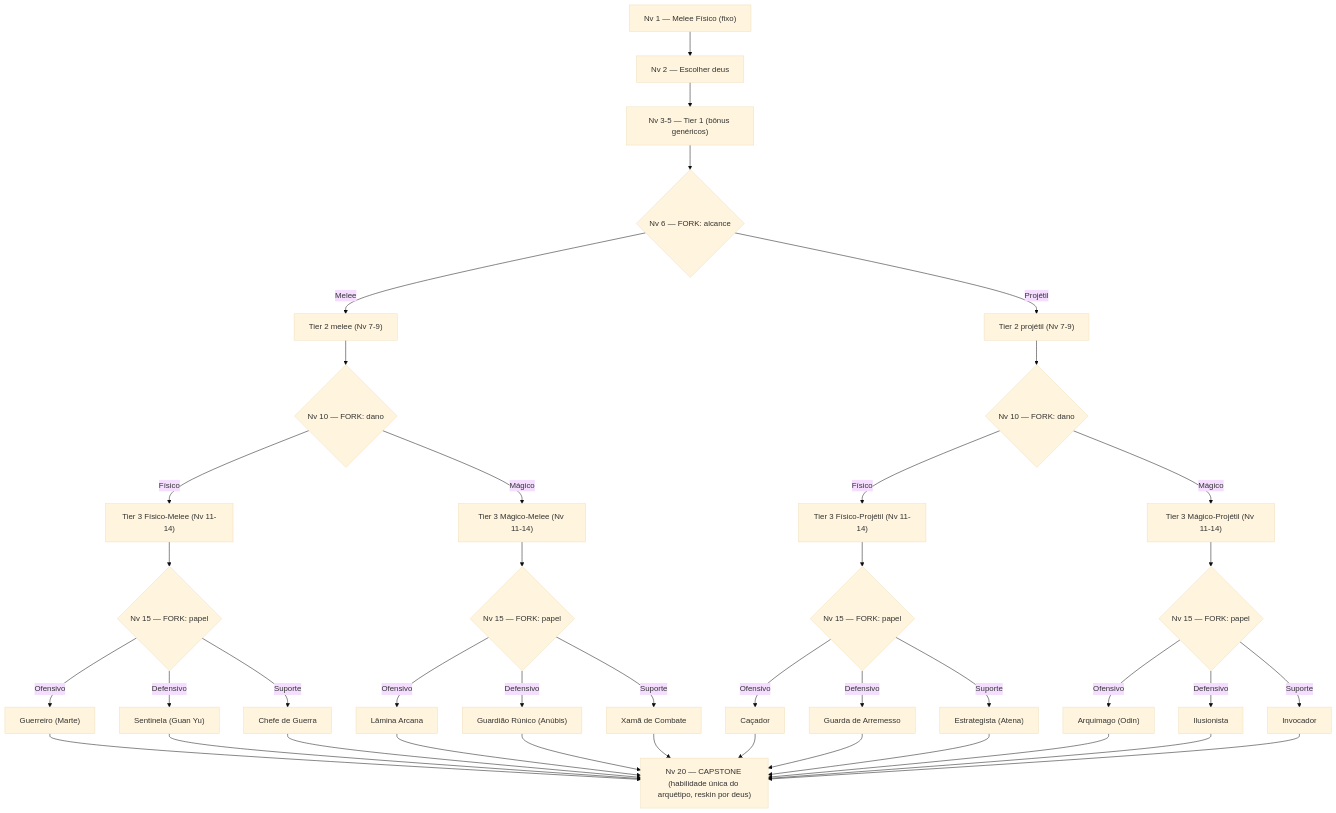
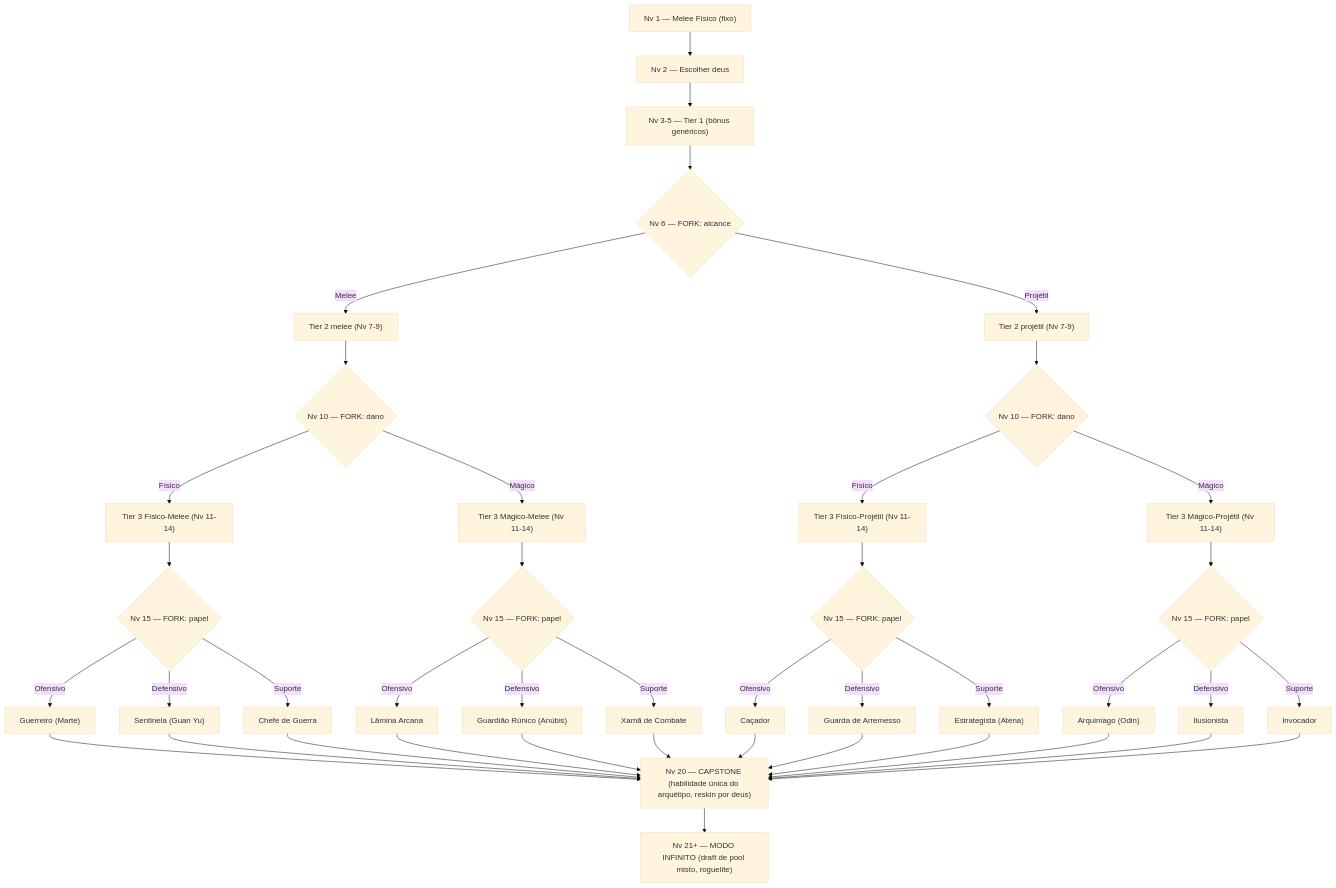
The diagram in docs/design/2026-07-18-armas-e-skill-tree.md (icaromelo1/elysium), drawn with Mermaid (base theme) before and after one commit. The commit also changed other lines of this file, not shown here.

Commit message:
docs: extensibilidade infinita + roguelite hibrido no skill tree

````diff
--- a/docs/design/2026-07-18-armas-e-skill-tree.md
+++ b/docs/design/2026-07-18-armas-e-skill-tree.md
@@ -127,40 +127,41 @@
 ```mermaid
 flowchart TD
     N1["Nv 1 — Melee Físico (fixo)"] --> N2["Nv 2 — Escolher deus"]
     N2 --> T1["Nv 3-5 — Tier 1 (bônus genéricos)"]
     T1 --> FORK1{"Nv 6 — FORK: alcance"}
 
     FORK1 -->|Melee| M["Tier 2 melee (Nv 7-9)"]
     FORK1 -->|Projétil| P["Tier 2 projétil (Nv 7-9)"]
 
     M --> FORK2M{"Nv 10 — FORK: dano"}
     P --> FORK2P{"Nv 10 — FORK: dano"}
 
     FORK2M -->|Físico| MF["Tier 3 Físico-Melee (Nv 11-14)"]
     FORK2M -->|Mágico| MM["Tier 3 Mágico-Melee (Nv 11-14)"]
     FORK2P -->|Físico| PF["Tier 3 Físico-Projétil (Nv 11-14)"]
     FORK2P -->|Mágico| PM["Tier 3 Mágico-Projétil (Nv 11-14)"]
 
     MF --> FORK3MF{"Nv 15 — FORK: papel"}
     MM --> FORK3MM{"Nv 15 — FORK: papel"}
     PF --> FORK3PF{"Nv 15 — FORK: papel"}
     PM --> FORK3PM{"Nv 15 — FORK: papel"}
 
     FORK3MF -->|Ofensivo| A1["Guerreiro (Marte)"]
     FORK3MF -->|Defensivo| A2["Sentinela (Guan Yu)"]
     FORK3MF -->|Suporte| A3["Chefe de Guerra"]
 
     FORK3PF -->|Ofensivo| A4["Caçador"]
     FORK3PF -->|Defensivo| A5["Guarda de Arremesso"]
     FORK3PF -->|Suporte| A6["Estrategista (Atena)"]
 
     FORK3MM -->|Ofensivo| A7["Lâmina Arcana"]
     FORK3MM -->|Defensivo| A8["Guardião Rúnico (Anúbis)"]
     FORK3MM -->|Suporte| A9["Xamã de Combate"]
 
     FORK3PM -->|Ofensivo| A10["Arquimago (Odin)"]
     FORK3PM -->|Defensivo| A11["Ilusionista"]
     FORK3PM -->|Suporte| A12["Invocador"]
 
     A1 & A2 & A3 & A4 & A5 & A6 & A7 & A8 & A9 & A10 & A11 & A12 --> CAP["Nv 20 — CAPSTONE (habilidade única do arquétipo, reskin por deus)"]
+    CAP --> INF["Nv 21+ — MODO INFINITO (draft de pool misto, roguelite)"]
 ```
````
